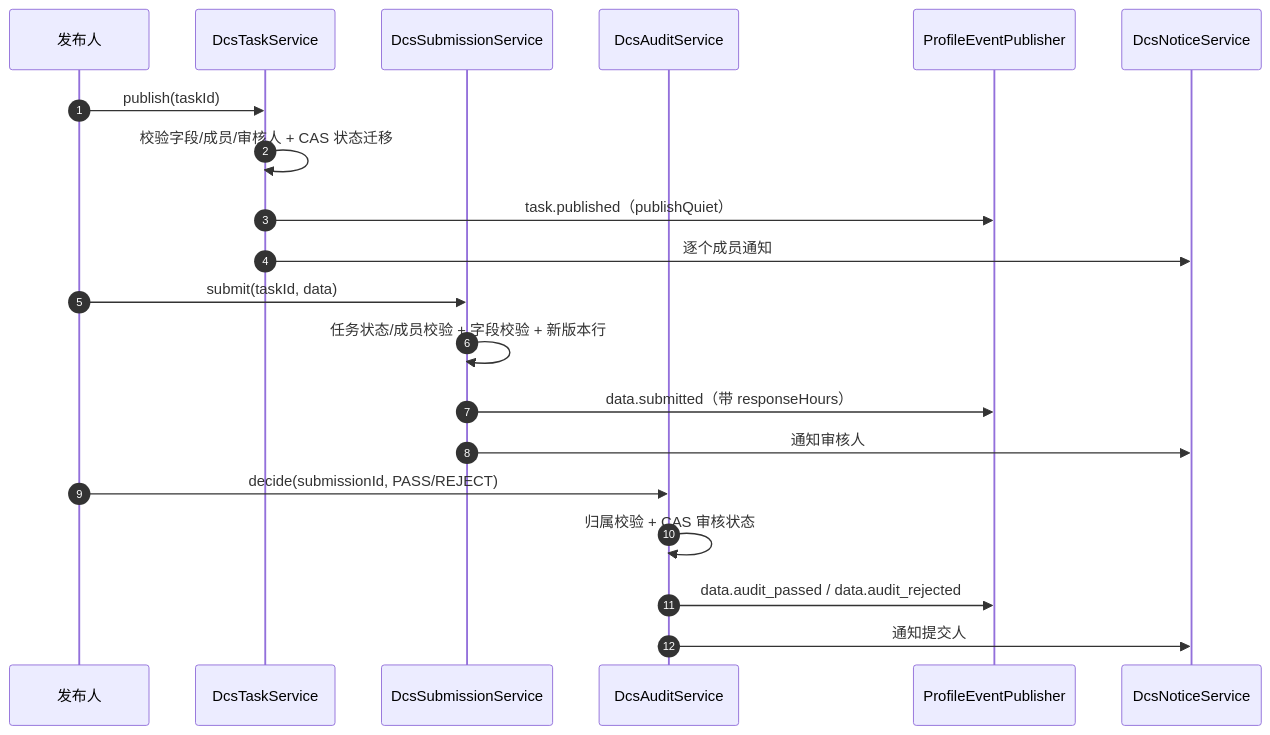
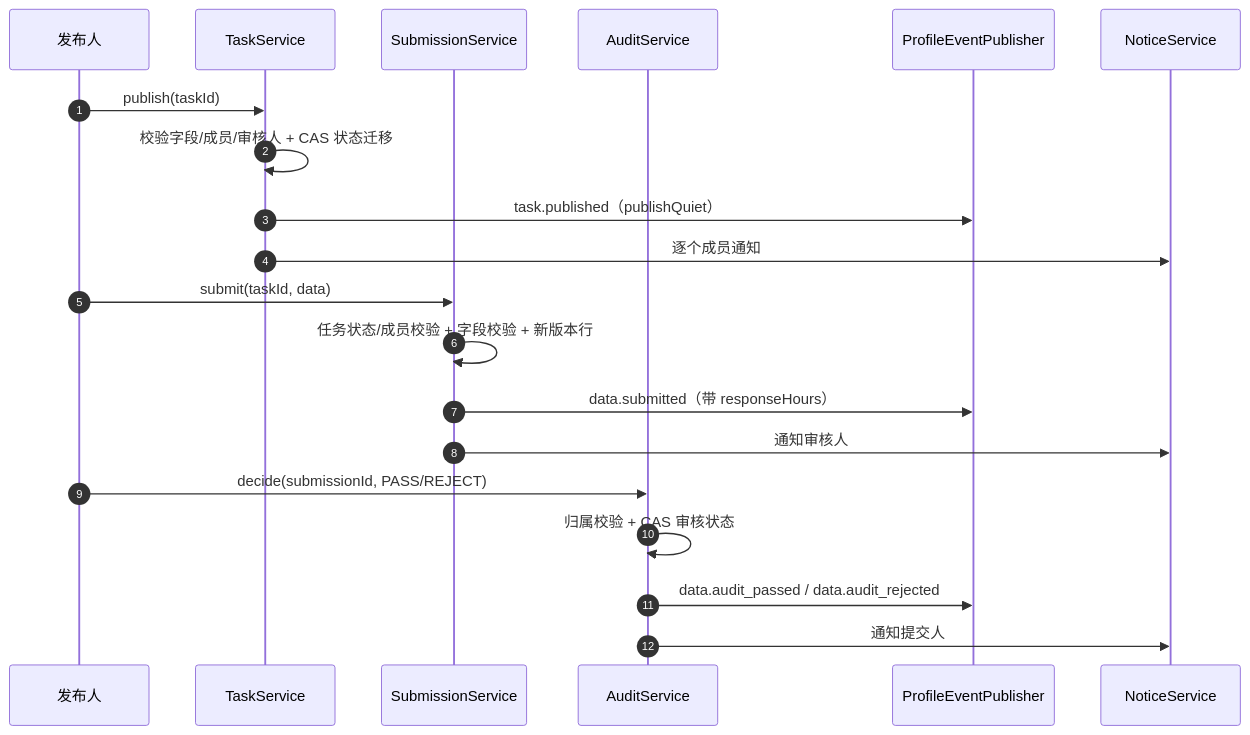
Before and after one commit to ck-ys/SmartDock: the seventh of 18 diagrams in docs/backend-architecture.md, drawn with Mermaid. The commit also changed other lines of this file and 1358 other files, not shown here.

````diff
--- a/docs/backend-architecture.md
+++ b/docs/backend-architecture.md
@@ -472,22 +472,22 @@
 ```mermaid
 sequenceDiagram
   autonumber
   participant P as 发布人
-  participant T as DcsTaskService
-  participant S as DcsSubmissionService
-  participant A as DcsAuditService
+  participant T as TaskService
+  participant S as SubmissionService
+  participant A as AuditService
   participant E as ProfileEventPublisher
-  participant N as DcsNoticeService
+  participant N as NoticeService
   P->>T: publish(taskId)
   T->>T: 校验字段/成员/审核人 + CAS 状态迁移
   T->>E: task.published（publishQuiet）
   T->>N: 逐个成员通知
   P->>S: submit(taskId, data)
   S->>S: 任务状态/成员校验 + 字段校验 + 新版本行
   S->>E: data.submitted（带 responseHours）
   S->>N: 通知审核人
   P->>A: decide(submissionId, PASS/REJECT)
   A->>A: 归属校验 + CAS 审核状态
   A->>E: data.audit_passed / data.audit_rejected
   A->>N: 通知提交人
 ```
````
